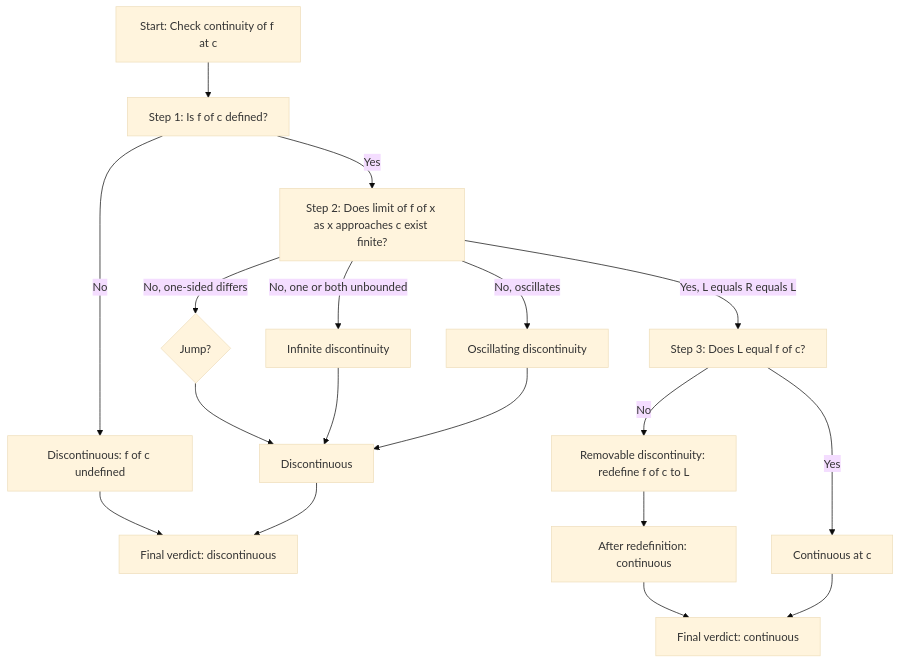
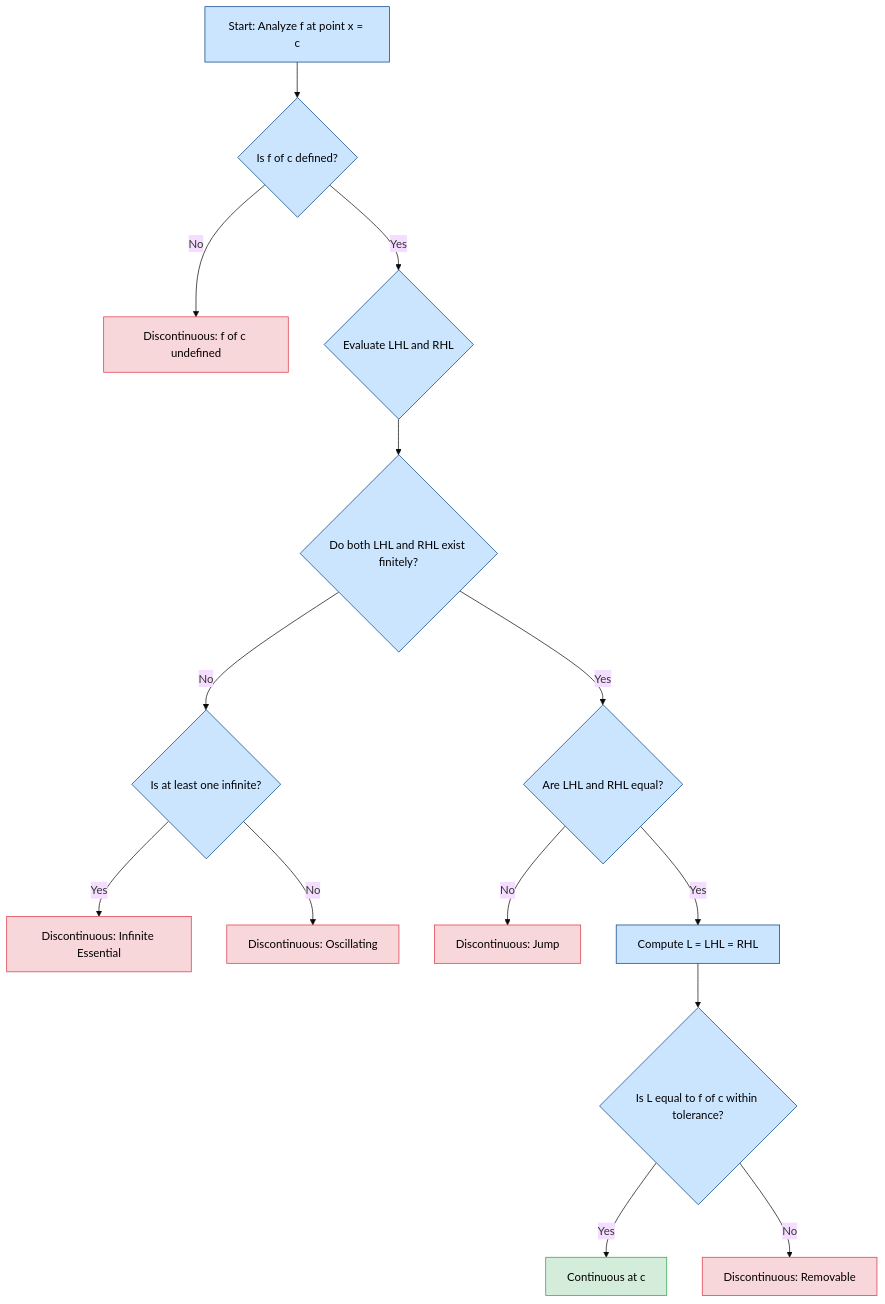
Before and after one commit to vishnuu-kr/ktunode: the first of 3 diagrams in public/notes/computer-science-and-engineering/semester-1/gamat101-mathematics-for-information-science-1/01-module-1-limits-of-function-values/continuous-functions/notes.md, drawn with Mermaid (base theme). The commit also changed other lines of this file and 4829 other files, not shown here.

````diff
--- a/public/notes/computer-science-and-engineering/semester-1/gamat101-mathematics-for-information-science-1/01-module-1-limits-of-function-values/continuous-functions/notes.md
+++ b/public/notes/computer-science-and-engineering/semester-1/gamat101-mathematics-for-information-science-1/01-module-1-limits-of-function-values/continuous-functions/notes.md
@@ -370,20 +476,24 @@
 ```mermaid
 flowchart TD
-    A[Start: Check continuity of f at c] --> B[Step 1: Is f of c defined?]
+    A[Start: Analyze f at point x = c] --> B{Is f of c defined?}
     B -- No --> Z1[Discontinuous: f of c undefined]
-    B -- Yes --> C[Step 2: Does limit of f of x as x approaches c exist finite?]
-    C -- No, one-sided differs --> D{Jump?}
-    C -- No, one or both unbounded --> E[Infinite discontinuity]
-    C -- No, oscillates --> F[Oscillating discontinuity]
-    C -- Yes, L equals R equals L --> G[Step 3: Does L equal f of c?]
-    G -- No --> H[Removable discontinuity: redefine f of c to L]
-    G -- Yes --> I[Continuous at c]
-    H --> I2[After redefinition: continuous]
-    D --> Z2[Discontinuous]
-    E --> Z2
-    F --> Z2
-    Z1 --> Z3[Final verdict: discontinuous]
-    Z2 --> Z3
-    I --> Z4[Final verdict: continuous]
-    I2 --> Z4
+    B -- Yes --> C{Evaluate LHL and RHL}
+    C --> D{Do both LHL and RHL exist finitely?}
+    D -- No --> E{Is at least one infinite?}
+    E -- Yes --> Z2[Discontinuous: Infinite Essential]
+    E -- No --> Z3[Discontinuous: Oscillating]
+    D -- Yes --> F{Are LHL and RHL equal?}
+    F -- No --> Z4[Discontinuous: Jump]
+    F -- Yes --> G[Compute L = LHL = RHL]
+    G --> H{Is L equal to f of c within tolerance?}
+    H -- Yes --> I[Continuous at c]
+    H -- No --> Z5[Discontinuous: Removable]
+
+    classDef passNode fill:#d4edda,stroke:#28a745,color:#000000
+    classDef failNode fill:#f8d7da,stroke:#dc3545,color:#000000
+    classDef neutral fill:#cce5ff,stroke:#004085,color:#000000
+
+    class I passNode
+    class Z1,Z2,Z3,Z4,Z5 failNode
+    class A,B,C,D,E,F,G,H neutral
 ```
````
